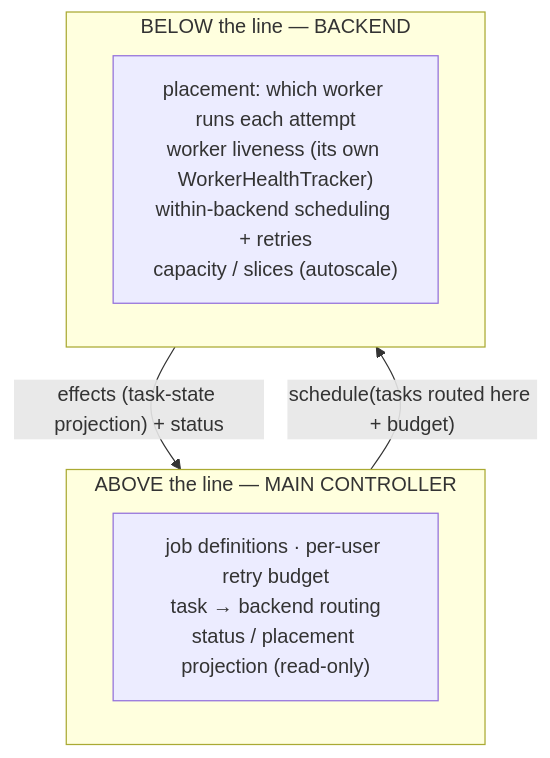
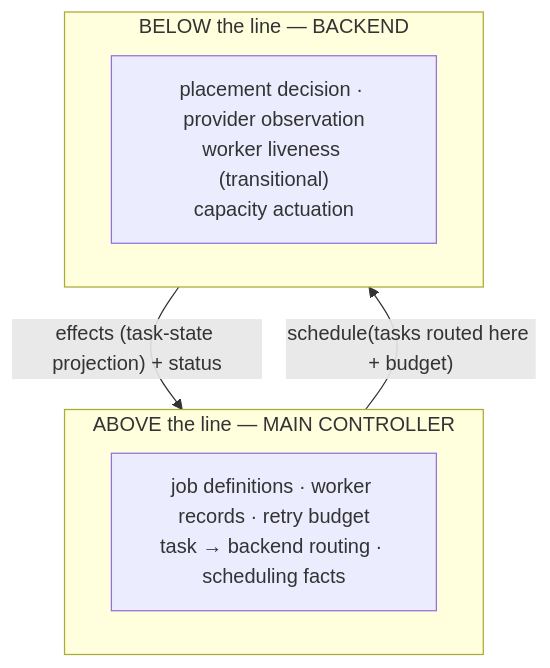
Before and after one commit to marin-community/marin: the first of 3 diagrams in lib/iris/docs/multi_backend.md, drawn with Mermaid. The commit also changed other lines of this file and 32 other files, not shown here.

````diff
--- a/lib/iris/docs/multi_backend.md
+++ b/lib/iris/docs/multi_backend.md
@@ -17,11 +17,11 @@
 ```mermaid
 flowchart TB
     subgraph Above["ABOVE the line — MAIN CONTROLLER"]
-        a["job definitions · per-user retry budget<br/>task → backend routing<br/>status / placement projection (read-only)"]
+        a["job definitions · worker records · retry budget<br/>task → backend routing · scheduling facts"]
     end
     Above -- "schedule(tasks routed here + budget)" --> Below
     Below -- "effects (task-state projection) + status" --> Above
     subgraph Below["BELOW the line — BACKEND"]
-        b["placement: which worker runs each attempt<br/>worker liveness (its own WorkerHealthTracker)<br/>within-backend scheduling + retries<br/>capacity / slices (autoscale)"]
+        b["placement decision · provider observation<br/>worker liveness (transitional)<br/>capacity actuation"]
     end
 ```
````
